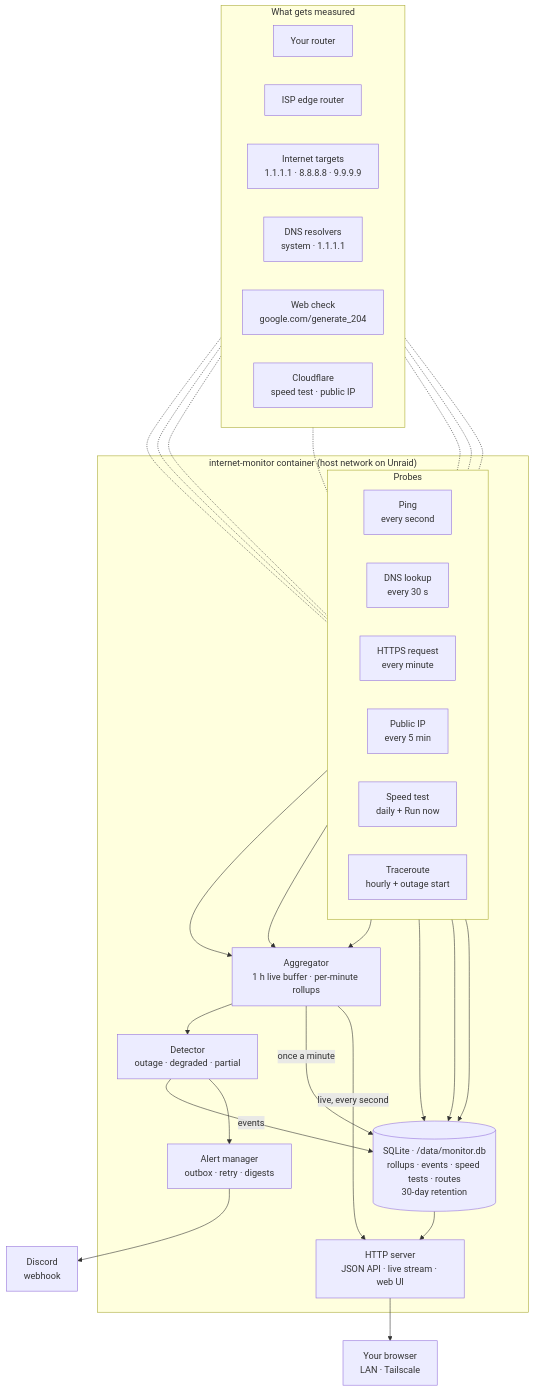
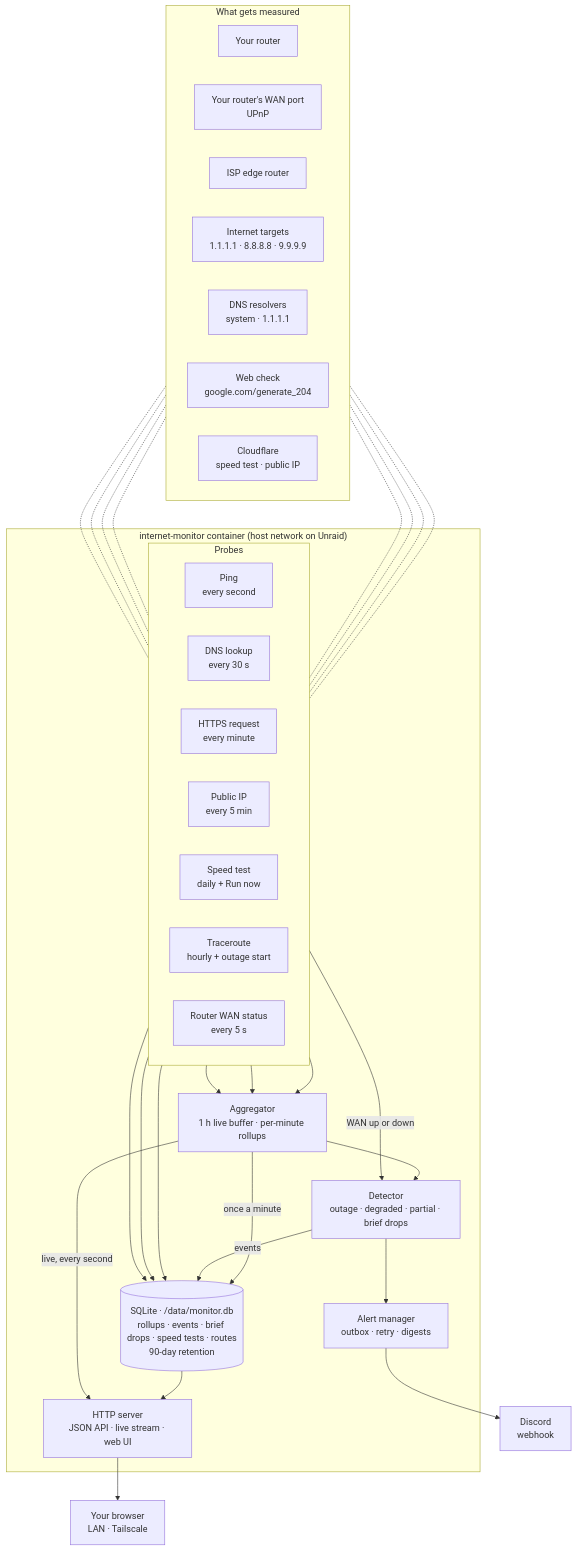
The first of 2 diagrams in README.md (thedatafiend/unraid-internet-monitor), drawn with Mermaid before and after one commit. The commit also changed other lines of this file and 33 other files, not shown here.

First line of the commit message:
Router WAN status over UPnP, ONT/modem outage cause, brief drops, before/after compare

````diff
--- a/README.md
+++ b/README.md
@@ -42,45 +53,49 @@
 ```mermaid
 flowchart TB
     subgraph outside["What gets measured"]
         direction LR
         router["Your router"]
+        routerwan["Your router's WAN port<br/>UPnP"]
         ispedge["ISP edge router"]
         inet["Internet targets<br/>1.1.1.1 · 8.8.8.8 · 9.9.9.9"]
         resolvers["DNS resolvers<br/>system · 1.1.1.1"]
         webcheck["Web check<br/>google.com/generate_204"]
         cloudflare["Cloudflare<br/>speed test · public IP"]
     end
 
     subgraph app["internet-monitor container (host network on Unraid)"]
         subgraph probes["Probes"]
             direction LR
             icmp["Ping<br/>every second"]
             dnsprobe["DNS lookup<br/>every 30 s"]
             httpprobe["HTTPS request<br/>every minute"]
             ipcheck["Public IP<br/>every 5 min"]
             speed["Speed test<br/>daily + Run now"]
             trace["Traceroute<br/>hourly + outage start"]
+            upnp["Router WAN status<br/>every 5 s"]
         end
         agg["Aggregator<br/>1 h live buffer · per-minute rollups"]
-        detector["Detector<br/>outage · degraded · partial"]
-        db[("SQLite · /data/monitor.db<br/>rollups · events · speed tests · routes<br/>30-day retention")]
+        detector["Detector<br/>outage · degraded · partial · brief drops"]
+        db[("SQLite · /data/monitor.db<br/>rollups · events · brief drops · speed tests · routes<br/>90-day retention")]
         alerts["Alert manager<br/>outbox · retry · digests"]
         api["HTTP server<br/>JSON API · live stream · web UI"]
     end
 
     router & ispedge & inet -.- icmp
     resolvers -.- dnsprobe
     webcheck -.- httpprobe
     cloudflare -.- ipcheck & speed
+    routerwan -.- upnp
 
     icmp & dnsprobe & httpprobe --> agg
     agg --> detector
+    upnp -- "WAN up or down" --> detector
     agg -- "once a minute" --> db
     detector -- events --> db
     trace & ipcheck & speed --> db
     detector --> alerts
     db --> api
     agg -- "live, every second" --> api
     alerts --> discord["Discord<br/>webhook"]
     api --> browser["Your browser<br/>LAN · Tailscale"]
 ```
````
